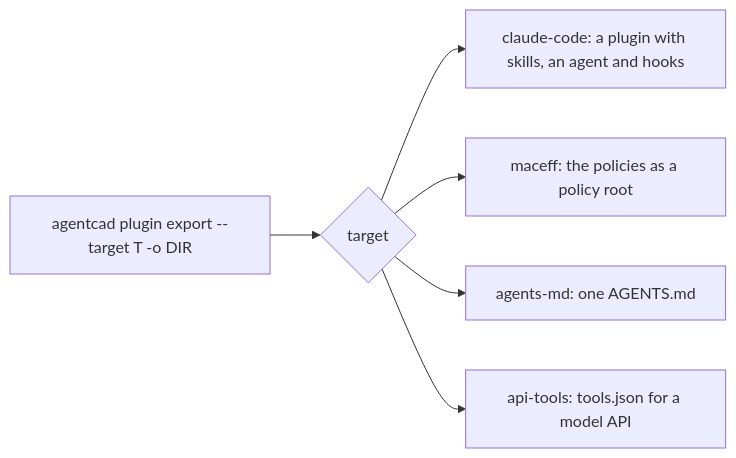
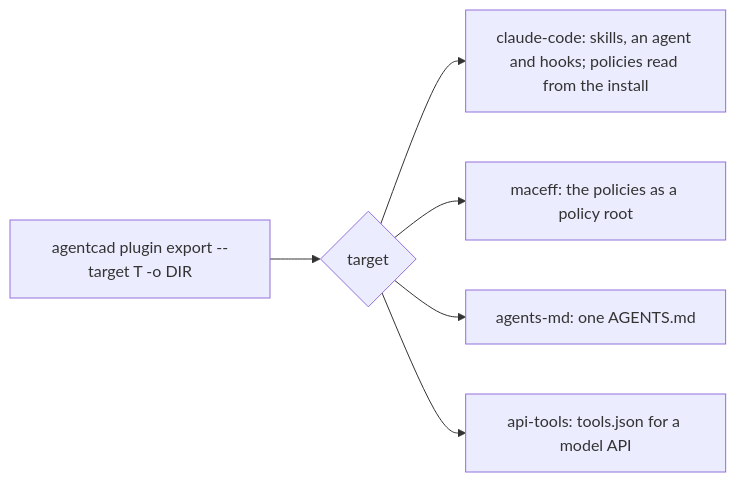
One commit to manny-dev-neurofieldz/agentcad changed the sixth of 6 diagrams in src/agentcad/policies/agentcad-start.md. Above: the diagram before and after it, drawn with Mermaid. The commit also changed other lines of this file and 4 other files, not shown here.

First line of the commit message:
Review of #82: recipes that cannot pass by testing nothing, the plugin's policies stated truly, workers run this tree

````diff
--- a/src/agentcad/policies/agentcad-start.md
+++ b/src/agentcad/policies/agentcad-start.md
@@ -142,8 +142,8 @@
 ```mermaid
 flowchart LR
     A["agentcad plugin export --target T -o DIR"] --> B{"target"}
-    B --> C["claude-code: a plugin with skills, an agent and hooks"]
+    B --> C["claude-code: skills, an agent and hooks; policies read from the install"]
     B --> D["maceff: the policies as a policy root"]
     B --> E["agents-md: one AGENTS.md"]
     B --> F["api-tools: tools.json for a model API"]
 ```
````
